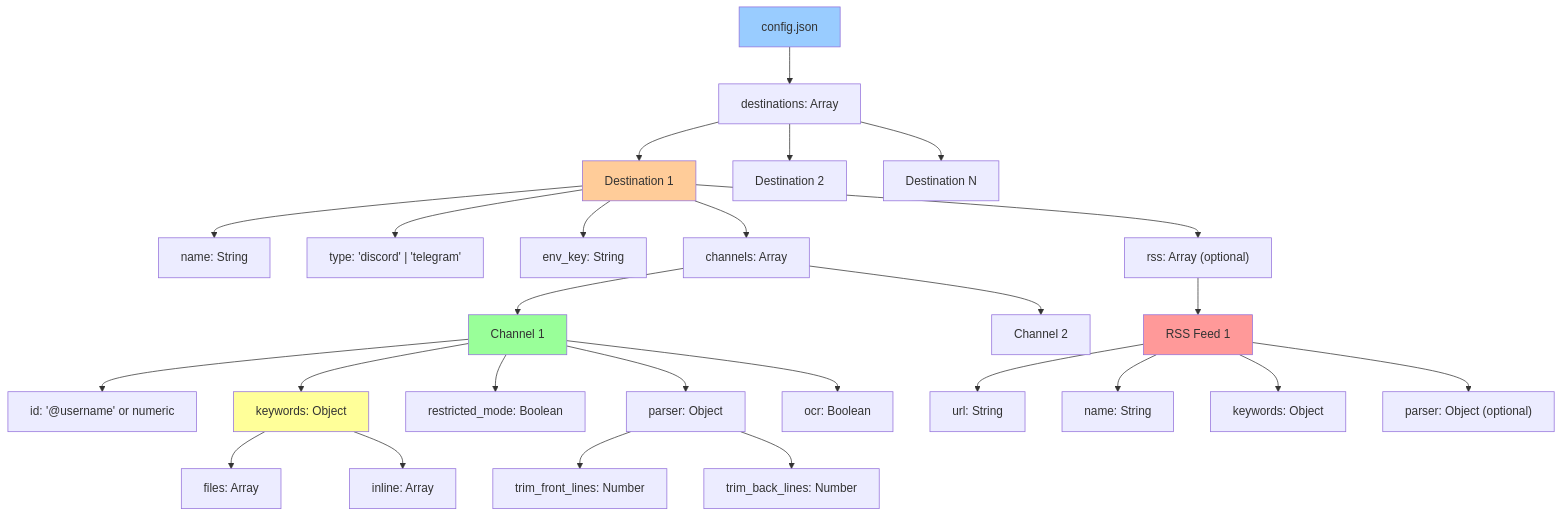
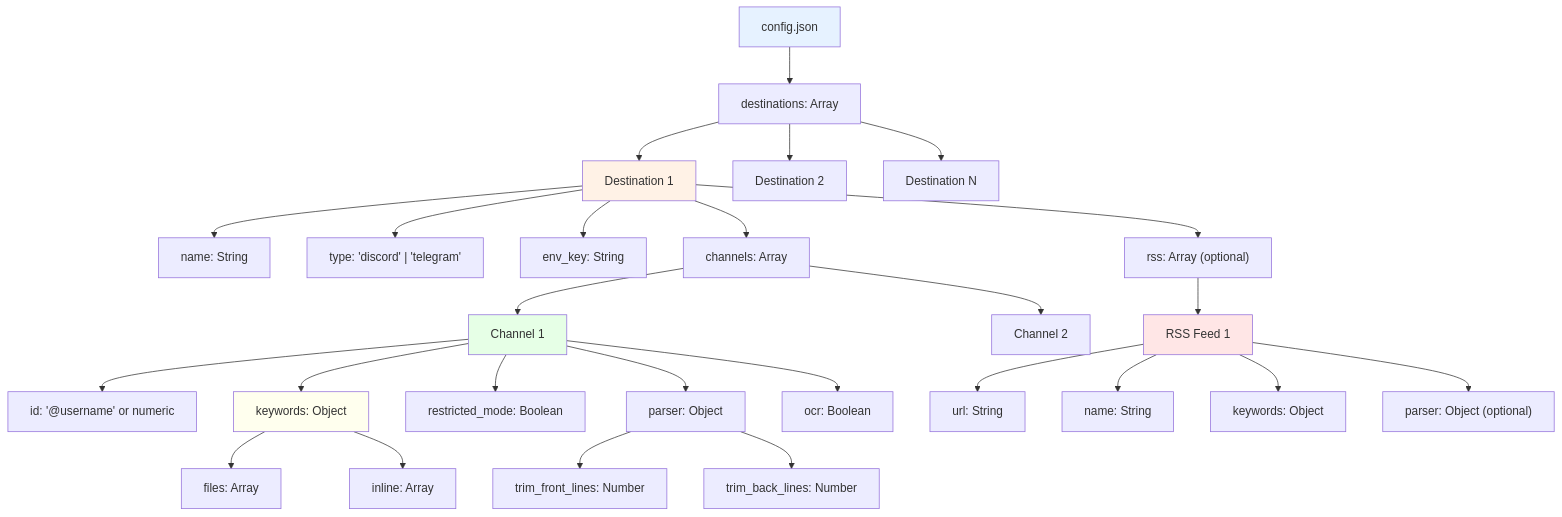
One commit to Dysrhythmic/Watchtower changed the second of 3 diagrams in docs/configuration-structure.md. Above: the diagram before and after it, drawn with Mermaid. The commit also changed other lines of this file and 4 other files, not shown here.

First line of the commit message:
Improve diagram readability with lighter background colors

````diff
--- a/docs/configuration-structure.md
+++ b/docs/configuration-structure.md
@@ -45,42 +45,42 @@
 ```mermaid
 graph TD
     ROOT[config.json]
     ROOT --> DEST_ARRAY["destinations: Array"]
 
     DEST_ARRAY --> DEST1[Destination 1]
     DEST_ARRAY --> DEST2[Destination 2]
     DEST_ARRAY --> DESTN[Destination N]
 
     DEST1 --> D1_NAME["name: String"]
     DEST1 --> D1_TYPE["type: 'discord' | 'telegram'"]
     DEST1 --> D1_ENV["env_key: String"]
     DEST1 --> D1_CHAN["channels: Array"]
     DEST1 --> D1_RSS["rss: Array (optional)"]
 
     D1_CHAN --> CHAN1[Channel 1]
     D1_CHAN --> CHAN2[Channel 2]
 
     CHAN1 --> C1_ID["id: '@username' or numeric"]
     CHAN1 --> C1_KW["keywords: Object"]
     CHAN1 --> C1_RESTRICT["restricted_mode: Boolean"]
     CHAN1 --> C1_PARSER["parser: Object"]
     CHAN1 --> C1_OCR["ocr: Boolean"]
 
     C1_KW --> KW_FILES["files: Array<String>"]
     C1_KW --> KW_INLINE["inline: Array<String>"]
 
     C1_PARSER --> P_FRONT["trim_front_lines: Number"]
     C1_PARSER --> P_BACK["trim_back_lines: Number"]
 
     D1_RSS --> RSS1[RSS Feed 1]
     RSS1 --> R1_URL["url: String"]
     RSS1 --> R1_NAME["name: String"]
     RSS1 --> R1_KW["keywords: Object"]
     RSS1 --> R1_PARSER["parser: Object (optional)"]
 
-    style ROOT fill:#99ccff
-    style DEST1 fill:#ffcc99
-    style CHAN1 fill:#99ff99
-    style C1_KW fill:#ffff99
-    style RSS1 fill:#ff9999
+    style ROOT fill:#e6f2ff
+    style DEST1 fill:#fff2e6
+    style CHAN1 fill:#e6ffe6
+    style C1_KW fill:#ffffee
+    style RSS1 fill:#ffe6e6
 ```
````
